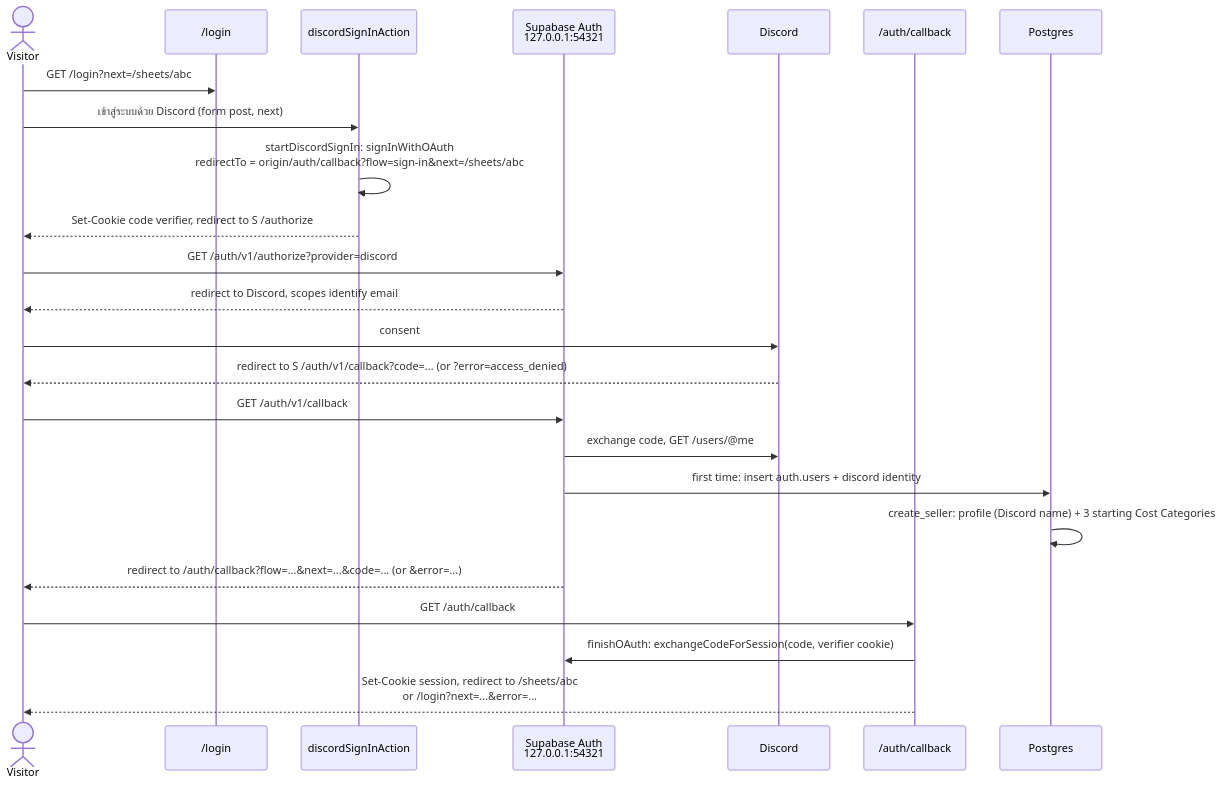
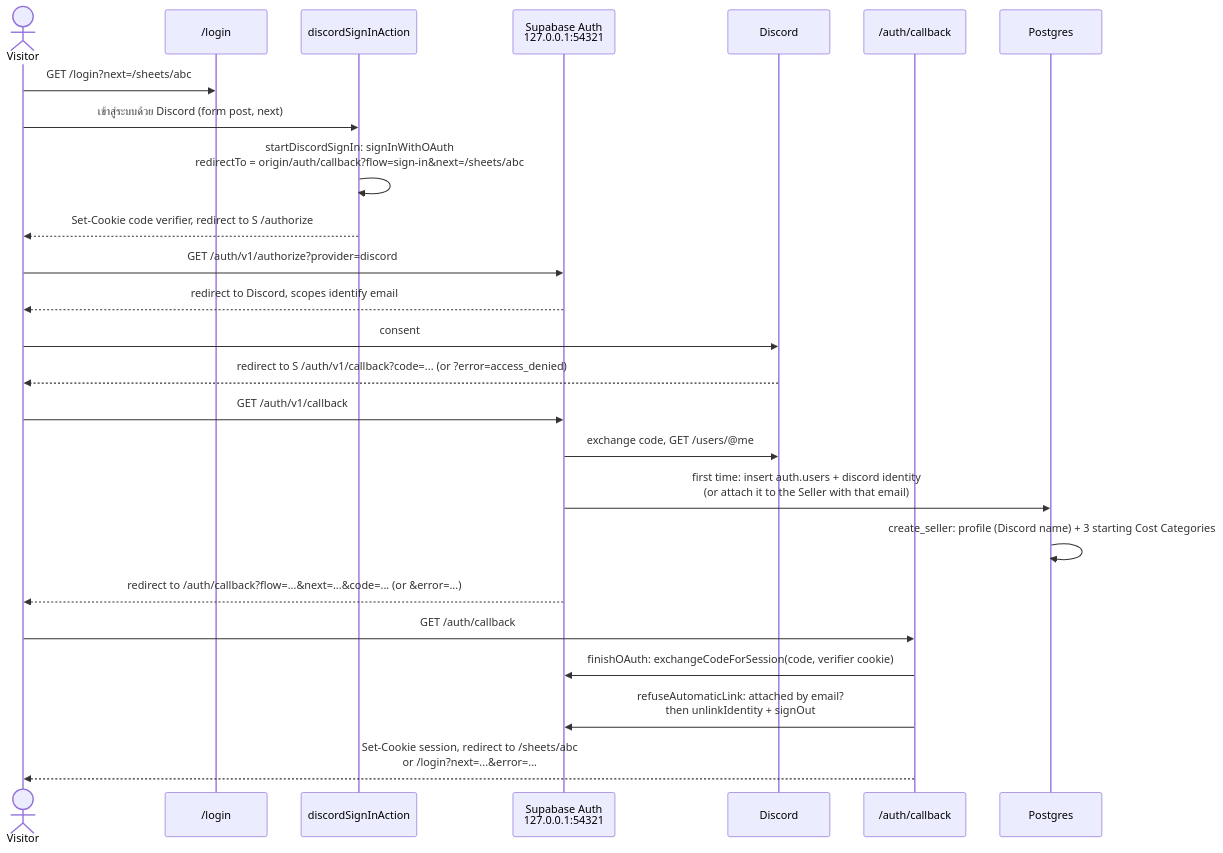
One commit to chuan-khuna/gumrai changed the second of 8 diagrams in docs/documents/sign-in.md. Above: the diagram before and after it, drawn with Mermaid. The commit also changed other lines of this file and 5 other files, not shown here.

Commit message:
docs(auth): describe binding, unbinding and refusing automatic linking by email

````diff
--- a/docs/documents/sign-in.md
+++ b/docs/documents/sign-in.md
@@ -71,26 +72,27 @@
 ```mermaid
 sequenceDiagram
 	actor V as Visitor
 	participant L as /login
 	participant A as discordSignInAction
 	participant S as Supabase Auth<br/>127.0.0.1:54321
 	participant D as Discord
 	participant C as /auth/callback
 	participant DB as Postgres
 	V->>L: GET /login?next=/sheets/abc
 	V->>A: เข้าสู่ระบบด้วย Discord (form post, next)
 	A->>A: startDiscordSignIn: signInWithOAuth<br/>redirectTo = origin/auth/callback?flow=sign-in&next=/sheets/abc
 	A-->>V: Set-Cookie code verifier, redirect to S /authorize
 	V->>S: GET /auth/v1/authorize?provider=discord
 	S-->>V: redirect to Discord, scopes identify email
 	V->>D: consent
 	D-->>V: redirect to S /auth/v1/callback?code=... (or ?error=access_denied)
 	V->>S: GET /auth/v1/callback
 	S->>D: exchange code, GET /users/@me
-	S->>DB: first time: insert auth.users + discord identity
+	S->>DB: first time: insert auth.users + discord identity<br/>(or attach it to the Seller with that email)
 	DB->>DB: create_seller: profile (Discord name) + 3 starting Cost Categories
 	S-->>V: redirect to /auth/callback?flow=...&next=...&code=... (or &error=...)
 	V->>C: GET /auth/callback
 	C->>S: finishOAuth: exchangeCodeForSession(code, verifier cookie)
+	C->>S: refuseAutomaticLink: attached by email?<br/>then unlinkIdentity + signOut
 	C-->>V: Set-Cookie session, redirect to /sheets/abc<br/>or /login?next=...&error=...
 ```
````
